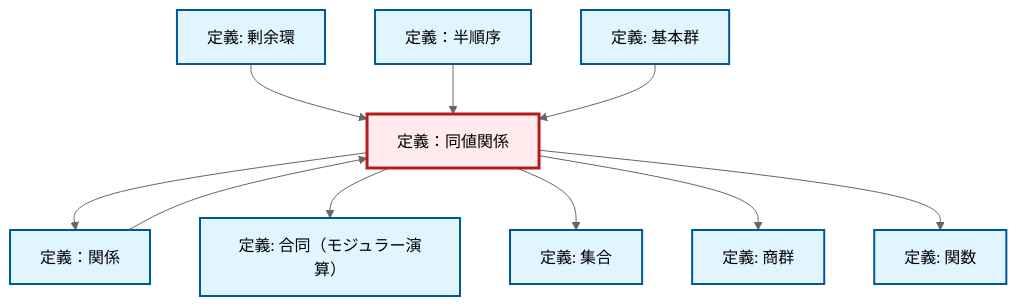
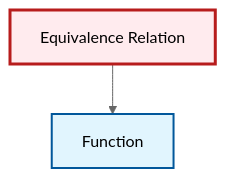
One commit to RK0429/ModernMath changed the diagram in content/ja/logic-set-theory/def-equivalence-relation.qmd. Above: the diagram before and after it, drawn with Mermaid (neutral theme). The commit also changed 328 other files, not shown here.

````diff
--- a/content/ja/logic-set-theory/def-equivalence-relation.qmd
+++ b/content/ja/logic-set-theory/def-equivalence-relation.qmd
@@ -116,36 +116,14 @@
 ```{mermaid}
 %%| fig-cap: "ローカル依存関係グラフ"
 graph TD
     classDef definition fill:#e1f5fe,stroke:#01579b,stroke-width:2px
     classDef theorem fill:#f3e5f5,stroke:#4a148c,stroke-width:2px
     classDef axiom fill:#fff3e0,stroke:#e65100,stroke-width:2px
     classDef example fill:#e8f5e9,stroke:#1b5e20,stroke-width:2px
     classDef current fill:#ffebee,stroke:#b71c1c,stroke-width:3px
-    def-set["定義: 集合"]:::definition
-    def-partial-order["定義：半順序"]:::definition
-    def-quotient-group["定義: 商群"]:::definition
-    def-function["定義: 関数"]:::definition
-    def-congruence["定義: 合同（モジュラー演算）"]:::definition
-    def-equivalence-relation["定義：同値関係"]:::definition
-    def-relation["定義：関係"]:::definition
-    def-fundamental-group["定義: 基本群"]:::definition
-    def-quotient-ring["定義: 剰余環"]:::definition
-    def-relation --> def-equivalence-relation
-    def-equivalence-relation --> def-relation
-    def-quotient-ring --> def-equivalence-relation
-    def-equivalence-relation --> def-congruence
-    def-equivalence-relation --> def-set
-    def-partial-order --> def-equivalence-relation
-    def-equivalence-relation --> def-quotient-group
-    def-fundamental-group --> def-equivalence-relation
+    def-equivalence-relation["Equivalence Relation"]:::definition
+    def-function["Function"]:::definition
     def-equivalence-relation --> def-function
     class def-equivalence-relation current
-    click def-set "def-set.html" "集合の定義へ"
-    click def-partial-order "def-partial-order.html" "定義：半順序へ"
-    click def-quotient-group "def-quotient-group.html" "商群の定義へ"
-    click def-function "def-function.html" "関数の定義へ"
-    click def-congruence "def-congruence.html" "合同（モジュラー演算）の定義へ"
-    click def-relation "def-relation.html" "定義：関係へ"
-    click def-fundamental-group "def-fundamental-group.html" "基本群の定義へ"
-    click def-quotient-ring "def-quotient-ring.html" "剰余環の定義へ"
+    click def-function "def-function.html" "Functionへ"
 ```
````
